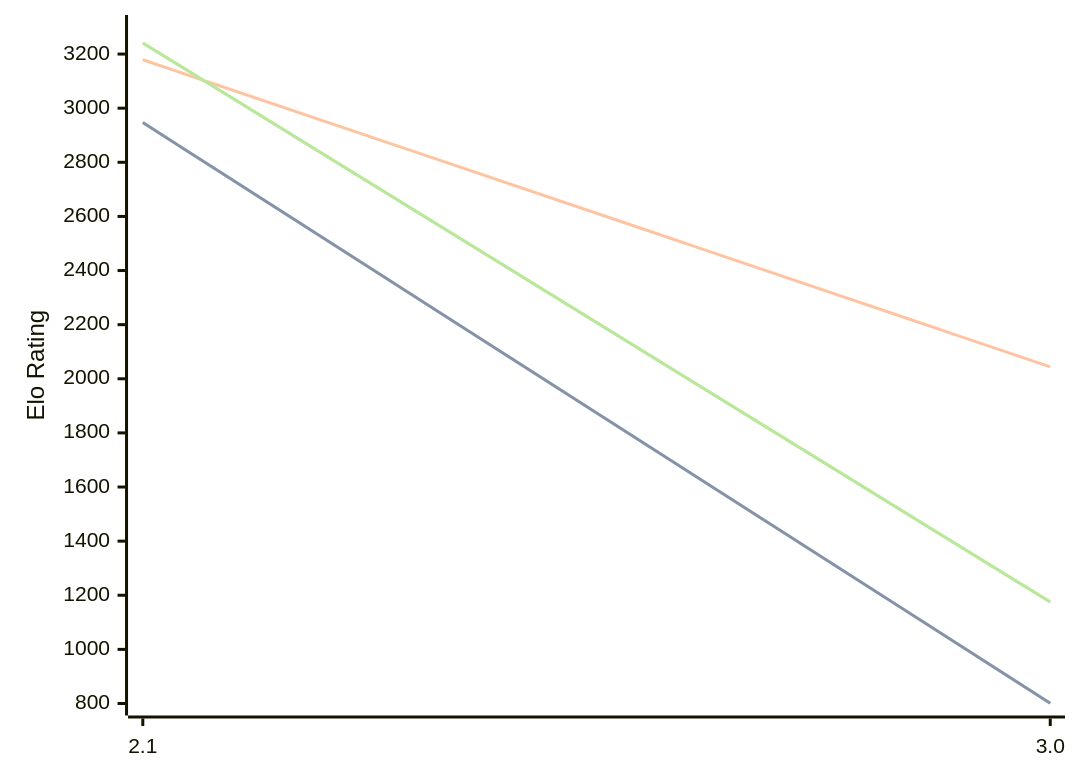
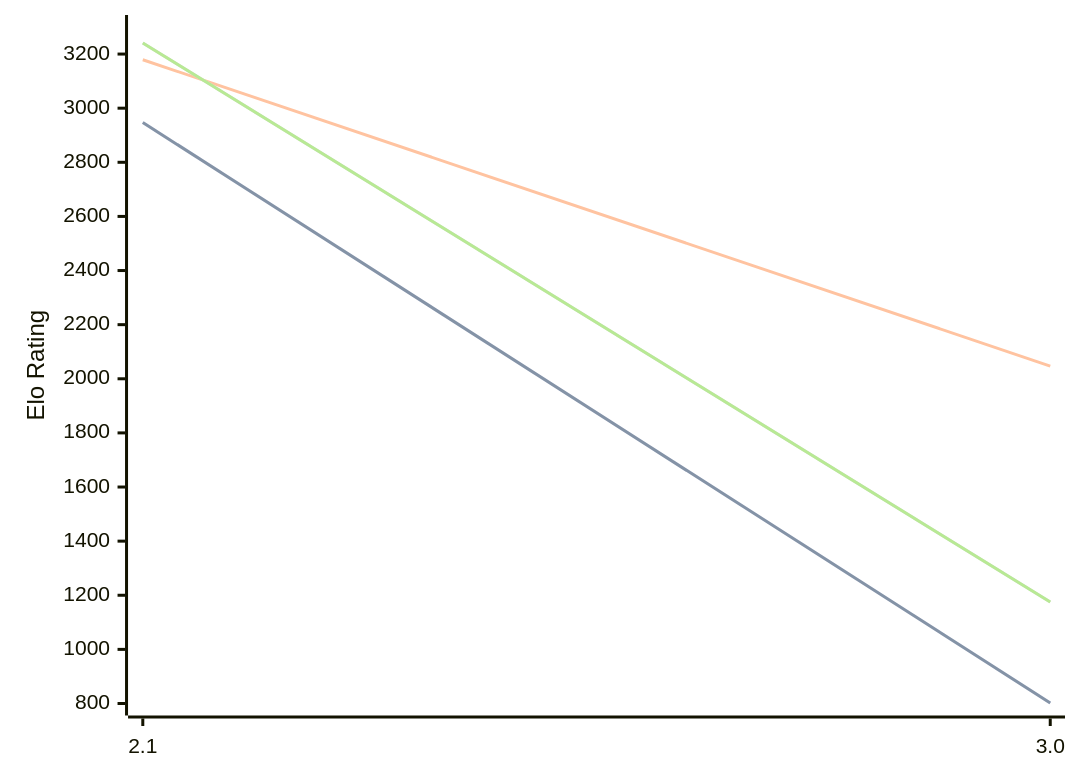
One commit to computer-chess-index/cci changed the diagram in engines/Quirky.md. Above: the diagram before and after it, drawn with Mermaid. The commit also changed other lines of this file, not shown here.

````diff
--- a/engines/Quirky.md
+++ b/engines/Quirky.md
@@ -34,11 +34,11 @@
 ```mermaid
 %%{init: {"theme":"base","themeVariables":{"seriesColors:['#a3a3a3','#222221','#faa371']}}}%%
 xychart-beta
   x-axis ["2.1", "3.0"]
   y-axis "Elo Rating" 800 --> 3300
-  line "STC (8.0+0.08s)" [2947, 801]
-  line "STC (8.0+0.08s)" [2947, 801]
-  line "LTC (60.0+0.60s)" [3179, 2044]
+  line "STC (8.0+0.08s)" [2947, 802]
+  line "STC (8.0+0.08s)" [2947, 802]
+  line "LTC (60.0+0.60s)" [3179, 2047]
   line "VLTC (2m24s+1.12s)" [3241, 1175]
   line "VLTC (2m24s+1.12s)" [3241, 1175]
 ```
````
